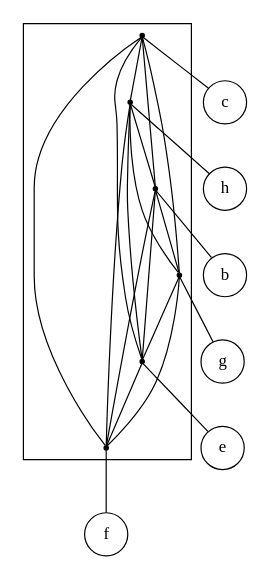
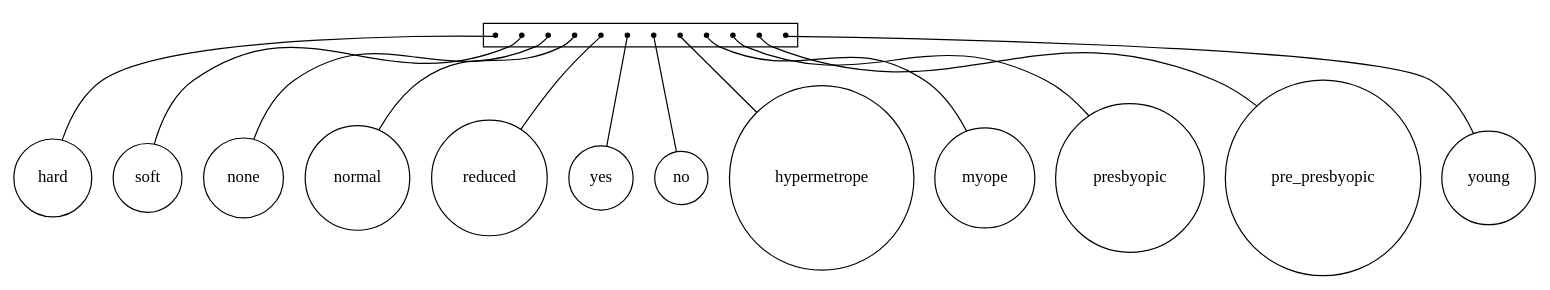
Before and after one commit to lrodrin/TFG: the diagram in src/final/linear_2-structure.dot, drawn with Graphviz. The commit also changed 15 other files, not shown here.

```diff
--- a/src/final/linear_2-structure.dot
+++ b/src/final/linear_2-structure.dot
@@ -1,38 +1,47 @@
 strict digraph "linear_2-structure" {
 compound=true;
 fontname=Verdana;
 fontsize=12;
 newrank=true;
 node [shape=circle];
-c;
-h;
-b;
-g;
-e;
-f;
-subgraph cluster_febgch {
+hard;
+soft;
+none;
+normal;
+reduced;
+yes;
+no;
+hypermetrope;
+myope;
+presbyopic;
+pre_presbyopic;
+young;
+subgraph cluster_softnonenopre_presbyopicnormalhardyounghypermetropemyopereducedyespresbyopic {
 node [shape=point];
-s_c -> s_h  [arrowhead=none, color=black];
-s_c -> s_b  [arrowhead=none, color=black];
-s_c -> s_g  [arrowhead=none, color=black];
-s_c -> s_e  [arrowhead=none, color=black];
-s_c -> s_f  [arrowhead=none, color=black];
-s_h -> s_b  [arrowhead=none, color=black];
-s_h -> s_g  [arrowhead=none, color=black];
-s_h -> s_e  [arrowhead=none, color=black];
-s_h -> s_f  [arrowhead=none, color=black];
-s_b -> s_g  [arrowhead=none, color=black];
-s_b -> s_e  [arrowhead=none, color=black];
-s_b -> s_f  [arrowhead=none, color=black];
-s_g -> s_e  [arrowhead=none, color=black];
-s_g -> s_f  [arrowhead=none, color=black];
-s_e -> s_f  [arrowhead=none, color=black];
+s_hard;
+s_soft;
+s_none;
+s_normal;
+s_reduced;
+s_yes;
+s_no;
+s_hypermetrope;
+s_myope;
+s_presbyopic;
+s_pre_presbyopic;
+s_young;
 }
 
-s_c -> c  [arrowhead=none];
-s_h -> h  [arrowhead=none];
-s_b -> b  [arrowhead=none];
-s_g -> g  [arrowhead=none];
-s_e -> e  [arrowhead=none];
-s_f -> f  [arrowhead=none];
+s_hard -> hard  [arrowhead=none];
+s_soft -> soft  [arrowhead=none];
+s_none -> none  [arrowhead=none];
+s_normal -> normal  [arrowhead=none];
+s_reduced -> reduced  [arrowhead=none];
+s_yes -> yes  [arrowhead=none];
+s_no -> no  [arrowhead=none];
+s_hypermetrope -> hypermetrope  [arrowhead=none];
+s_myope -> myope  [arrowhead=none];
+s_presbyopic -> presbyopic  [arrowhead=none];
+s_pre_presbyopic -> pre_presbyopic  [arrowhead=none];
+s_young -> young  [arrowhead=none];
 }
```
